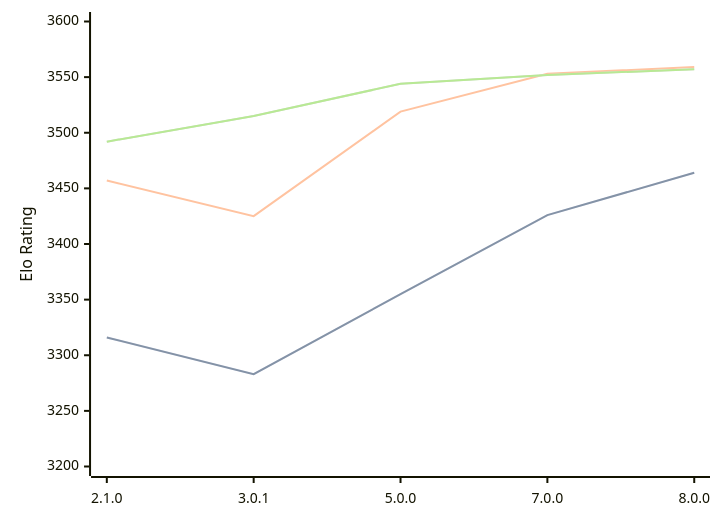
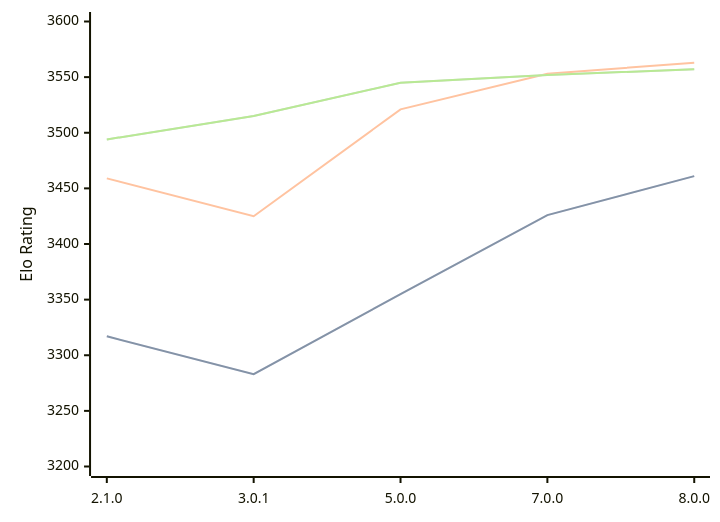
One commit to computer-chess-index/cci changed the first of 3 diagrams in engines/PlentyChess.md. Above: the diagram before and after it, drawn with Mermaid. The commit also changed other lines of this file, not shown here.

Commit message:
Update CCI Ratings (ELO VLTC) - 2026-07-13

````diff
--- a/engines/PlentyChess.md
+++ b/engines/PlentyChess.md
@@ -46,11 +46,11 @@
 ```mermaid
 %%{init: {"theme":"base","themeVariables":{"seriesColors:['#a3a3a3','#222221','#faa371']}}}%%
 xychart-beta
   x-axis ["2.1.0", "3.0.1", "5.0.0", "7.0.0", "8.0.0"]
   y-axis "Elo Rating" 3200 --> 3600
-  line "STC (8.0+0.08s)" [3316, 3283, 3355, 3426, 3464]
-  line "STC (8.0+0.08s)" [3316, 3283, 3355, 3426, 3464]
-  line "LTC (60.0+0.60s)" [3457, 3425, 3519, 3553, 3559]
-  line "VLTC (2m24s+1.12s)" [3492, 3515, 3544, 3552, 3557]
-  line "VLTC (2m24s+1.12s)" [3492, 3515, 3544, 3552, 3557]
+  line "STC (8.0+0.08s)" [3317, 3283, 3355, 3426, 3461]
+  line "STC (8.0+0.08s)" [3317, 3283, 3355, 3426, 3461]
+  line "LTC (60.0+0.60s)" [3459, 3425, 3521, 3553, 3563]
+  line "VLTC (2m24s+1.12s)" [3494, 3515, 3545, 3552, 3557]
+  line "VLTC (2m24s+1.12s)" [3494, 3515, 3545, 3552, 3557]
 ```
````
